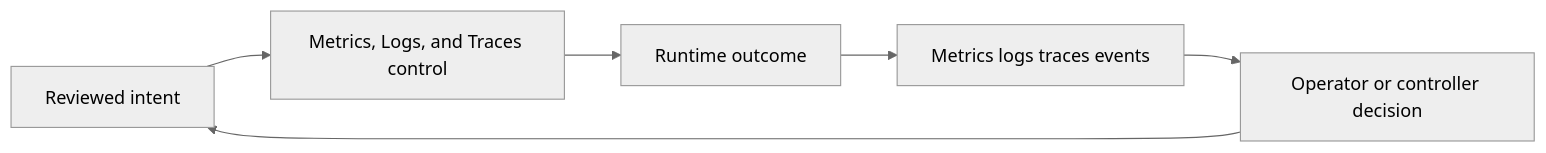
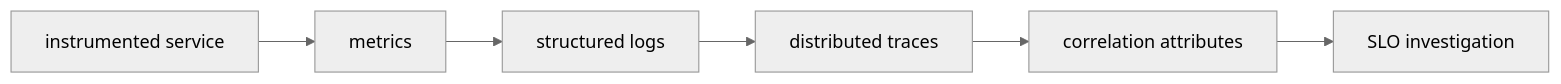
Before and after one commit to m1mohamad/devops-sre-prep: the diagram in docs/study/observability/01-metrics-logs-and-traces.md, drawn with Mermaid (neutral theme). The commit also changed other lines of this file and 61 other files, not shown here.

Commit message:
Replace generic architecture and study templates

````diff
--- a/docs/study/observability/01-metrics-logs-and-traces.md
+++ b/docs/study/observability/01-metrics-logs-and-traces.md
@@ -20,8 +15,4 @@
 ```mermaid
 flowchart LR
-  Intent[Reviewed intent] --> Control[Metrics, Logs, and Traces control]
-  Control --> Runtime[Runtime outcome]
-  Runtime --> Signals[Metrics logs traces events]
-  Signals --> Decision[Operator or controller decision]
-  Decision --> Intent
+  N0[instrumented service] --> N1[metrics] --> N2[structured logs] --> N3[distributed traces] --> N4[correlation attributes] --> N5[SLO investigation]
 ```
````
